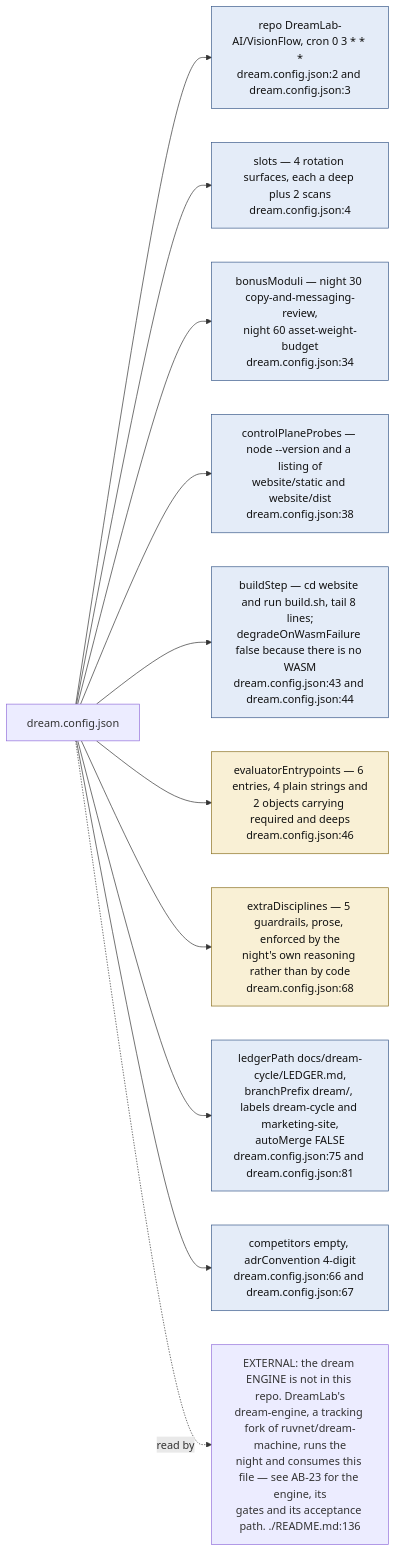
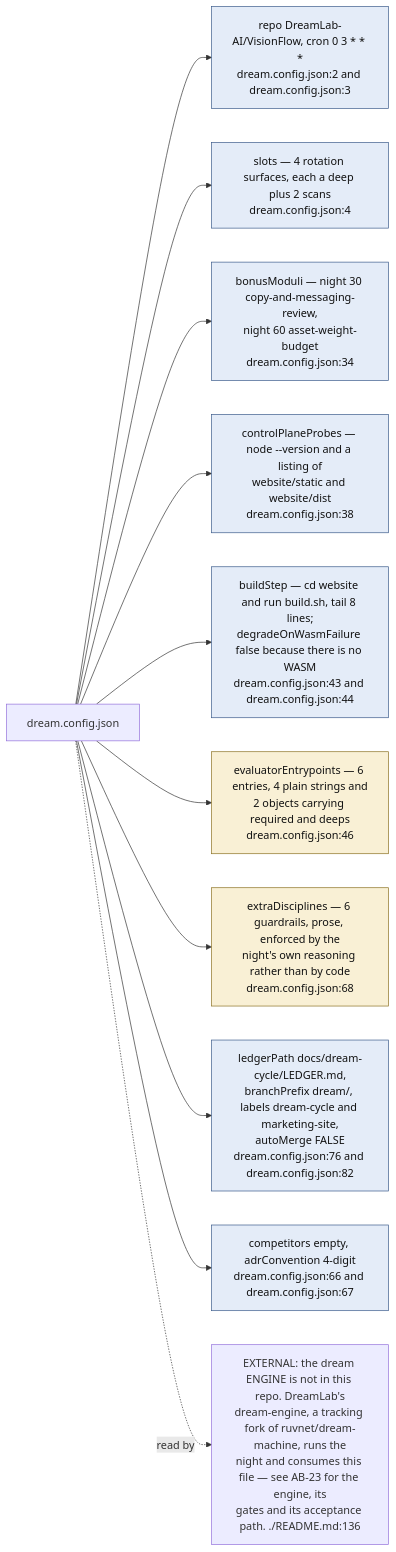
The first of 9 diagrams in docs/diagrams/visionflow/04-dream-cycle-integration.md (DreamLab-AI/VisionFlow), drawn with Mermaid before and after one commit. The commit also changed other lines of this file and 21 other files, not shown here.

Commit message:
docs(diagrams): refresh first verified estate batch

````diff
--- a/docs/diagrams/visionflow/04-dream-cycle-integration.md
+++ b/docs/diagrams/visionflow/04-dream-cycle-integration.md
@@ -34,19 +34,19 @@
 ```mermaid
 flowchart LR
     classDef cfg fill:#e4ecf8,stroke:#3a5a8a,color:#111
     classDef gate fill:#f9f0d5,stroke:#8a7020,color:#111
 
     C["dream.config.json"]
     C --> ID["repo DreamLab-AI/VisionFlow, cron 0 3 * * *<br/>dream.config.json:2 and dream.config.json:3"]:::cfg
     C --> SL["slots — 4 rotation surfaces, each a deep plus 2 scans<br/>dream.config.json:4"]:::cfg
     C --> BM["bonusModuli — night 30 copy-and-messaging-review,<br/>night 60 asset-weight-budget<br/>dream.config.json:34"]:::cfg
     C --> CP["controlPlaneProbes — node --version and a listing of<br/>website/static and website/dist<br/>dream.config.json:38"]:::cfg
     C --> BS["buildStep — cd website and run build.sh, tail 8 lines;<br/>degradeOnWasmFailure false because there is no WASM<br/>dream.config.json:43 and dream.config.json:44"]:::cfg
     C --> EE["evaluatorEntrypoints — 6 entries, 4 plain strings and<br/>2 objects carrying required and deeps<br/>dream.config.json:46"]:::gate
-    C --> ED["extraDisciplines — 5 guardrails, prose, enforced by the<br/>night's own reasoning rather than by code<br/>dream.config.json:68"]:::gate
-    C --> OUT["ledgerPath docs/dream-cycle/LEDGER.md,<br/>branchPrefix dream/, labels dream-cycle and marketing-site,<br/>autoMerge FALSE<br/>dream.config.json:75 and dream.config.json:81"]:::cfg
+    C --> ED["extraDisciplines — 6 guardrails, prose, enforced by the<br/>night's own reasoning rather than by code<br/>dream.config.json:68"]:::gate
+    C --> OUT["ledgerPath docs/dream-cycle/LEDGER.md,<br/>branchPrefix dream/, labels dream-cycle and marketing-site,<br/>autoMerge FALSE<br/>dream.config.json:76 and dream.config.json:82"]:::cfg
     C --> MISC["competitors empty, adrConvention 4-digit<br/>dream.config.json:66 and dream.config.json:67"]:::cfg
 
     ENG["EXTERNAL: the dream ENGINE is not in this repo. DreamLab's<br/>dream-engine, a tracking fork of ruvnet/dream-machine, runs the<br/>night and consumes this file — see AB-23 for the engine, its<br/>gates and its acceptance path. ./README.md:136"]
     C -.->|"read by"| ENG
 ```
````
